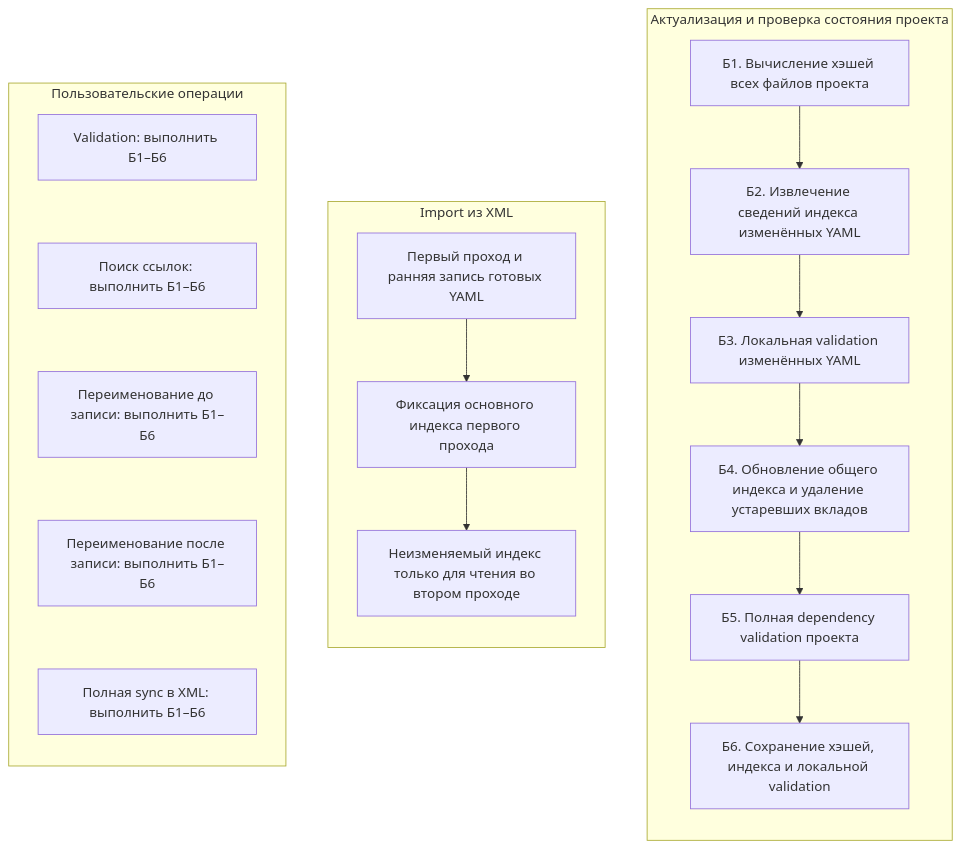
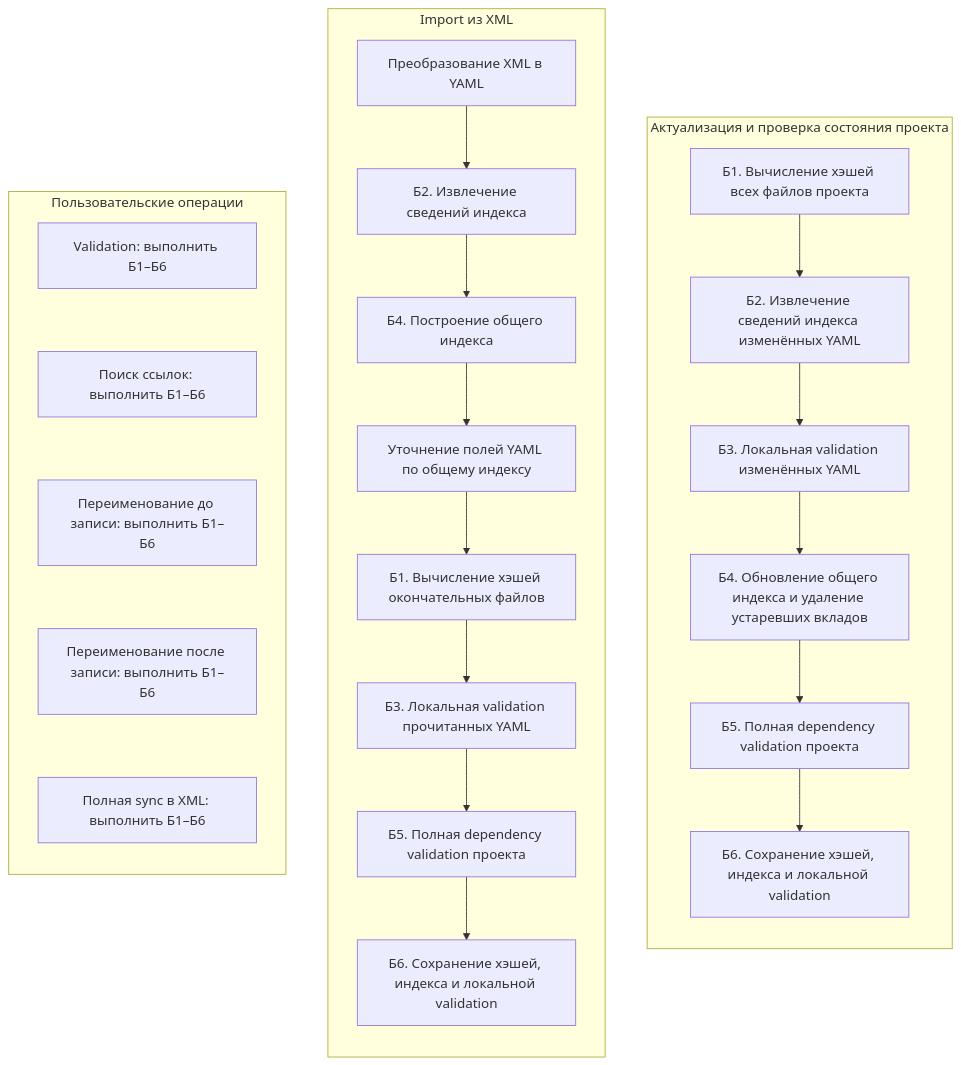
Before and after one commit to crimsongoldteam/nkdk: the diagram in .agents/architecture.md, drawn with Mermaid. The commit also changed other lines of this file and 59 other files, not shown here.

````diff
--- a/.agents/architecture.md
+++ b/.agents/architecture.md
@@ -56,35 +56,40 @@
 ```mermaid
 flowchart LR
   subgraph OPS["Пользовательские операции"]
     direction TB
     validation["Validation: выполнить Б1–Б6"]
     find["Поиск ссылок: выполнить Б1–Б6"]
     renameBefore["Переименование до записи: выполнить Б1–Б6"]
     renameAfter["Переименование после записи: выполнить Б1–Б6"]
     sync["Полная sync в XML: выполнить Б1–Б6"]
     validation ~~~ find ~~~ renameBefore ~~~ renameAfter ~~~ sync
   end
 
   subgraph IMPORT["Import из XML"]
     direction TB
-    importFirst["Первый проход и ранняя запись готовых YAML"]
-    importIndex["Фиксация основного индекса первого прохода"]
-    importSecond["Неизменяемый индекс только для чтения во втором проходе"]
-    importFirst --> importIndex --> importSecond
+    importXml["Преобразование XML в YAML"]
+    importB2["Б2. Извлечение сведений индекса"]
+    importB4["Б4. Построение общего индекса"]
+    importDeferred["Уточнение полей YAML по общему индексу"]
+    importB1["Б1. Вычисление хэшей окончательных файлов"]
+    importB3["Б3. Локальная validation прочитанных YAML"]
+    importB5["Б5. Полная dependency validation проекта"]
+    importB6["Б6. Сохранение хэшей, индекса и локальной validation"]
+    importXml --> importB2 --> importB4 --> importDeferred --> importB1 --> importB3 --> importB5 --> importB6
   end
 
   subgraph UPDATE["Актуализация и проверка состояния проекта"]
     direction TB
     b1["Б1. Вычисление хэшей всех файлов проекта"]
     b2["Б2. Извлечение сведений индекса изменённых YAML"]
     b3["Б3. Локальная validation изменённых YAML"]
     b4["Б4. Обновление общего индекса и удаление устаревших вкладов"]
     b5["Б5. Полная dependency validation проекта"]
     b6["Б6. Сохранение хэшей, индекса и локальной validation"]
     b1 --> b2 --> b3 --> b4 --> b5 --> b6
   end
 
   %% Связи между subgraph ID задают порядок колонок и сохраняют их вертикальное направление.
   OPS ~~~ IMPORT
   IMPORT ~~~ UPDATE
 ```
````
